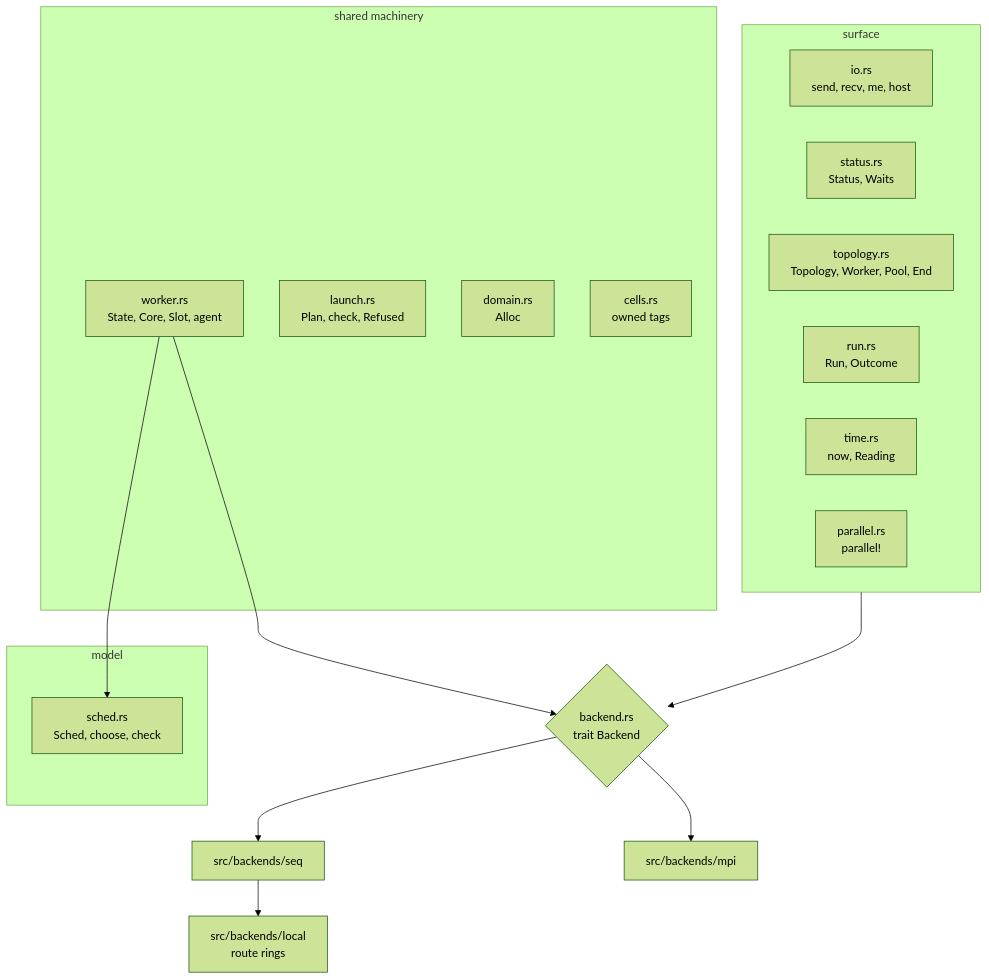
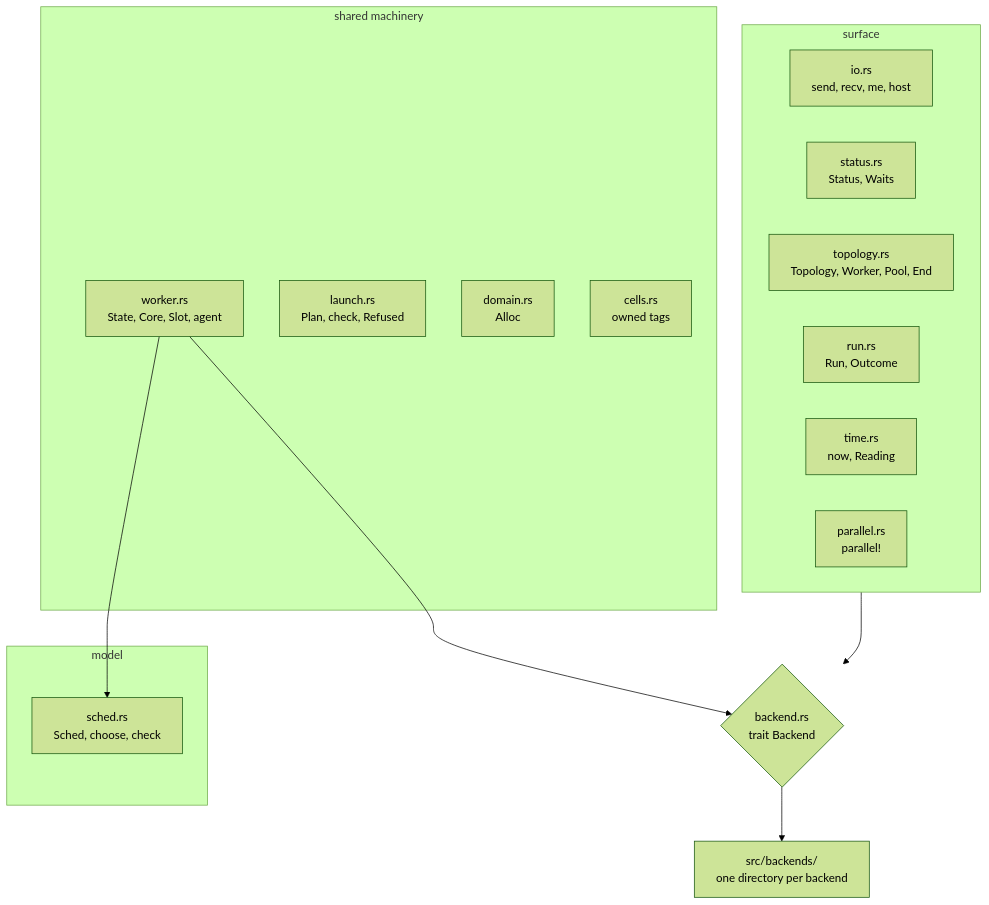
Before and after one commit to PKD667/trame: the diagram in docs/overview.md, drawn with Mermaid (forest theme). The commit also changed other lines of this file and 156 other files, not shown here.

Commit message:
backends: nothing outside src/backends names a backend; one launch per backend; no default feature; suites per backend; latency experiment on the interface; suite and suite-report

````diff
--- a/docs/overview.md
+++ b/docs/overview.md
@@ -13,27 +13,25 @@
 ```mermaid
 flowchart TB
   subgraph S["surface"]
     io["io.rs<br/>send, recv, me, host"]
     st["status.rs<br/>Status, Waits"]
     tp["topology.rs<br/>Topology, Worker, Pool, End"]
     rn["run.rs<br/>Run, Outcome"]
     ti["time.rs<br/>now, Reading"]
     pa["parallel.rs<br/>parallel!"]
   end
   subgraph M["model"]
     sc["sched.rs<br/>Sched, choose, check"]
   end
   subgraph K["shared machinery"]
     wk["worker.rs<br/>State, Core, Slot, agent"]
     la["launch.rs<br/>Plan, check, Refused"]
     dm["domain.rs<br/>Alloc"]
     ce["cells.rs<br/>owned tags"]
   end
   be{"backend.rs<br/>trait Backend"}
   S --> be
   wk --> sc
   wk --> be
-  be --> seq["src/backends/seq"]
-  be --> mpi["src/backends/mpi"]
-  seq --> loc["src/backends/local<br/>route rings"]
+  be --> bk["src/backends/<br/>one directory per backend"]
 ```
````
